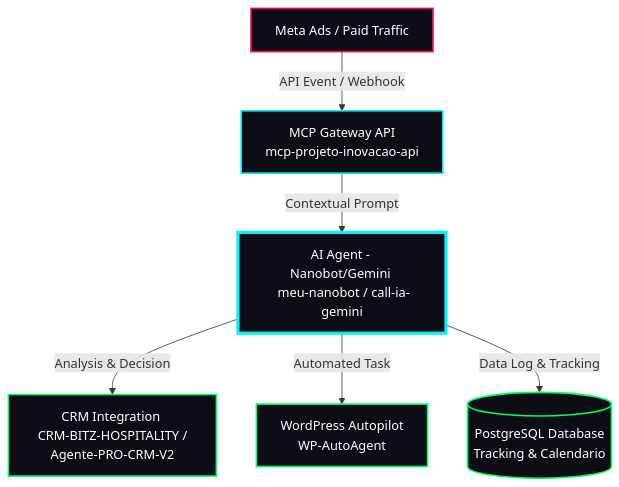
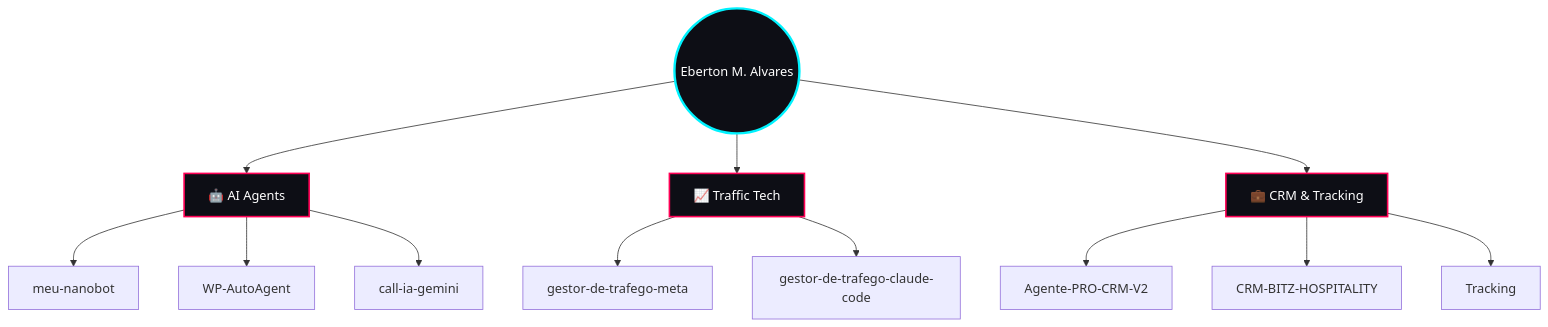
Before and after one commit to eberton-m-alvares/eberton-m-alvares: the diagram in README.md, drawn with Mermaid. The commit also changed other lines of this file, not shown here.

Commit message:
docs: update README diagram to tree structure showing independent project categories

````diff
--- a/README.md
+++ b/README.md
@@ -61,14 +61,22 @@
 ```mermaid
 graph TD
-    Traffic[Meta Ads / Paid Traffic] -->|API Event / Webhook| Gateway[MCP Gateway API <br/> mcp-projeto-inovacao-api]
-    Gateway -->|Contextual Prompt| Agent[AI Agent - Nanobot/Gemini <br/> meu-nanobot / call-ia-gemini]
-    Agent -->|Analysis & Decision| CRM[CRM Integration <br/> CRM-BITZ-HOSPITALITY / Agente-PRO-CRM-V2]
-    Agent -->|Automated Task| WP[WordPress Autopilot <br/> WP-AutoAgent]
-    Agent -->|Data Log & Tracking| DB[(PostgreSQL Database <br/> Tracking & Calendario)]
-    style Traffic fill:#0d0e15,stroke:#ff0055,stroke-width:2px,color:#ffffff
-    style Gateway fill:#0d0e15,stroke:#00f2fe,stroke-width:2px,color:#ffffff
-    style Agent fill:#0d0e15,stroke:#00f2fe,stroke-width:4px,color:#ffffff
-    style CRM fill:#0d0e15,stroke:#00ff66,stroke-width:2px,color:#ffffff
-    style WP fill:#0d0e15,stroke:#00ff66,stroke-width:2px,color:#ffffff
-    style DB fill:#0d0e15,stroke:#00ff66,stroke-width:2px,color:#ffffff
+    Dev((Eberton M. Alvares)) --> Cat1[🤖 AI Agents]
+    Dev --> Cat2[📈 Traffic Tech]
+    Dev --> Cat3[💼 CRM & Tracking]
+
+    Cat1 --> Project1[meu-nanobot]
+    Cat1 --> Project2[WP-AutoAgent]
+    Cat1 --> Project3[call-ia-gemini]
+
+    Cat2 --> Project4[gestor-de-trafego-meta]
+    Cat2 --> Project5[gestor-de-trafego-claude-code]
+
+    Cat3 --> Project6[Agente-PRO-CRM-V2]
+    Cat3 --> Project7[CRM-BITZ-HOSPITALITY]
+    Cat3 --> Project8[Tracking]
+
+    style Dev fill:#0d0e15,stroke:#00f2fe,stroke-width:3px,color:#ffffff
+    style Cat1 fill:#0d0e15,stroke:#ff0055,stroke-width:2px,color:#ffffff
+    style Cat2 fill:#0d0e15,stroke:#ff0055,stroke-width:2px,color:#ffffff
+    style Cat3 fill:#0d0e15,stroke:#ff0055,stroke-width:2px,color:#ffffff
 ```
````
